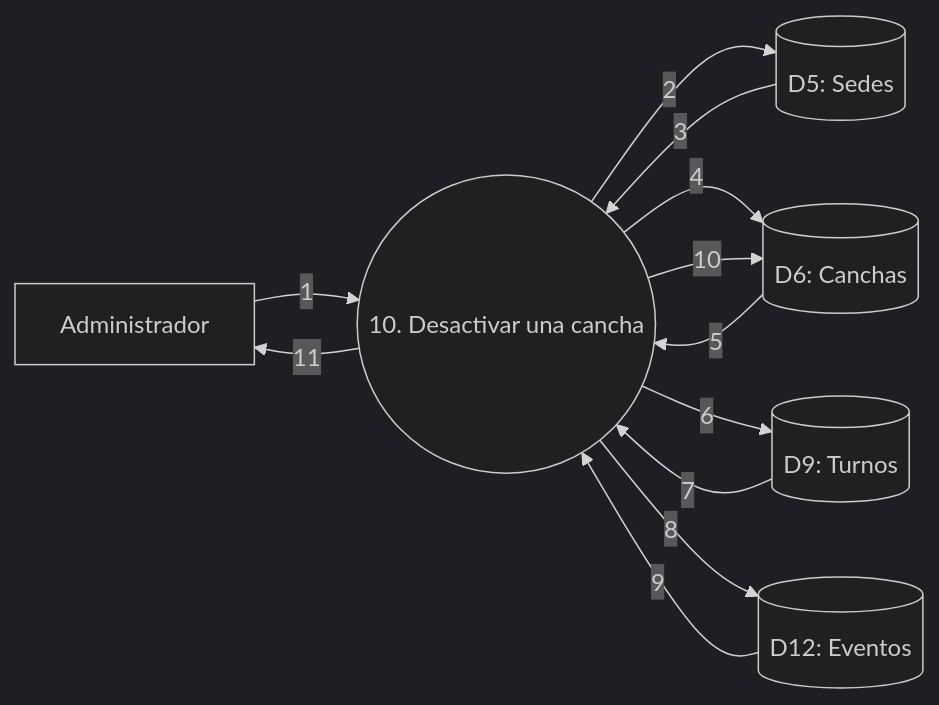
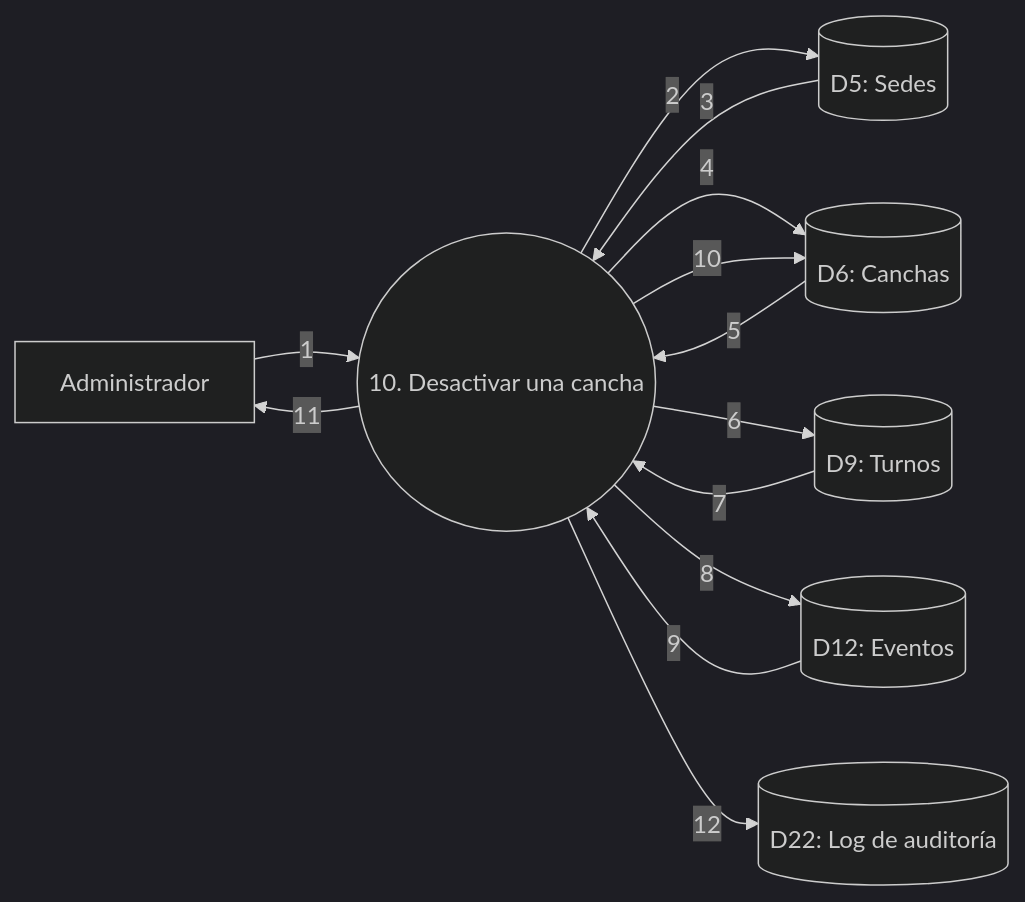
Before and after one commit to fasempertegui/Matchpoint-Taller: the tenth of 41 diagrams in docs/DFD.md, drawn with Mermaid (dark theme). The commit also changed other lines of this file and 48 other files, not shown here.

````diff
--- a/docs/DFD.md
+++ b/docs/DFD.md
@@ -281,21 +298,23 @@
 ```mermaid
 flowchart LR
     A[Administrador]
     P((10. Desactivar una cancha))
     D5[(D5: Sedes)]
     D6[(D6: Canchas)]
     D9[(D9: Turnos)]
     D12[(D12: Eventos)]
+    D22[(D22: Log de auditoría)]
 
     A -->|1| P
     P -->|2| D5
     D5 -->|3| P
     P -->|4| D6
     D6 -->|5| P
     P -->|6| D9
     D9 -->|7| P
     P -->|8| D12
     D12 -->|9| P
     P -->|10| D6
     P -->|11| A
+    P -->|12| D22
 ```
````
